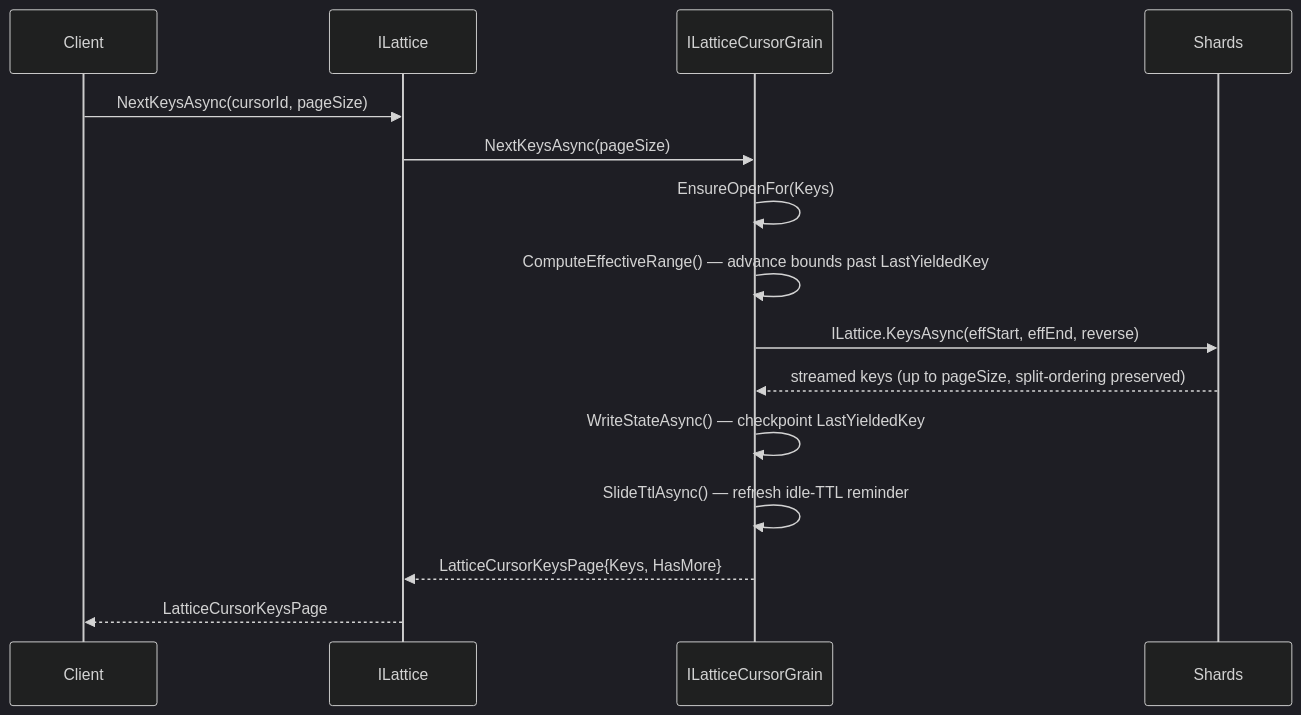
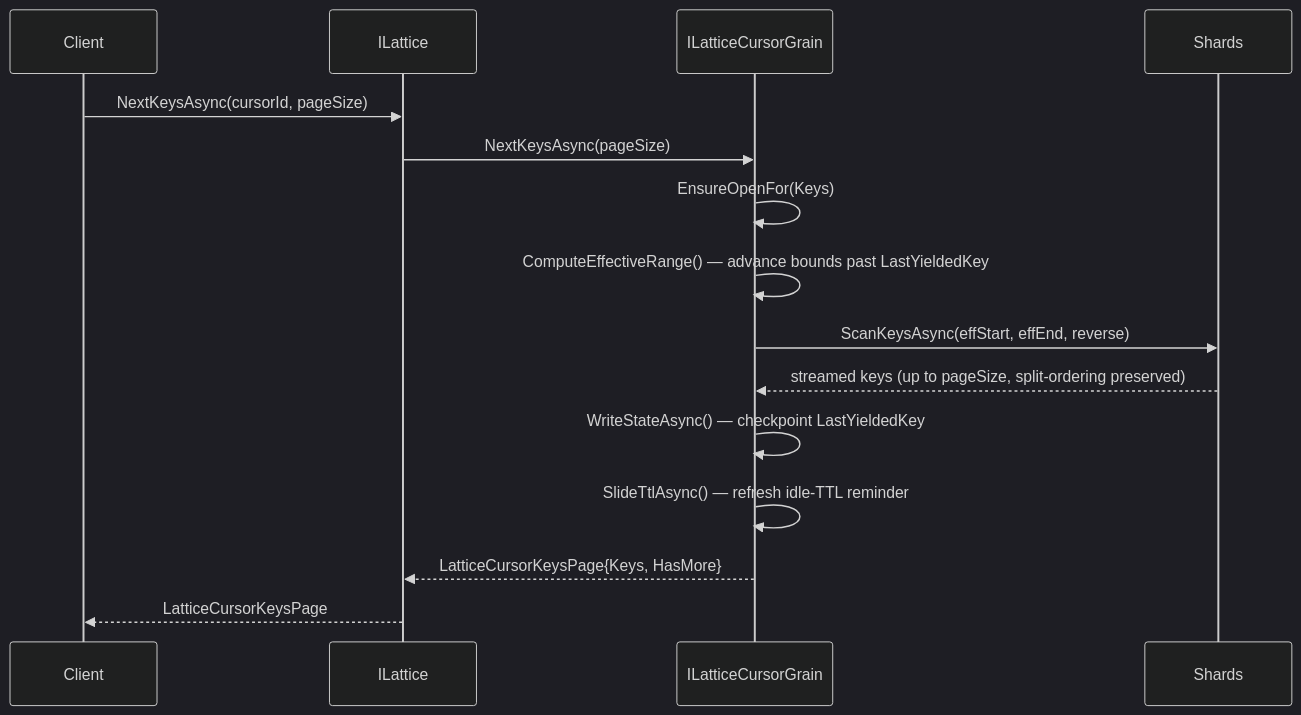
Before and after one commit to NSTA1/Orleans.Lattice: the third of 4 diagrams in docs/durable-cursors.md, drawn with Mermaid (dark theme). The commit also changed other lines of this file and 21 other files, not shown here.

````diff
--- a/docs/durable-cursors.md
+++ b/docs/durable-cursors.md
@@ -120,18 +120,18 @@
 ```mermaid
 sequenceDiagram
     participant C as Client
     participant L as ILattice
     participant G as ILatticeCursorGrain
     participant S as Shards
 
     C->>L: NextKeysAsync(cursorId, pageSize)
     L->>G: NextKeysAsync(pageSize)
     G->>G: EnsureOpenFor(Keys)
     G->>G: ComputeEffectiveRange() — advance bounds past LastYieldedKey
-    G->>S: ILattice.KeysAsync(effStart, effEnd, reverse)
+    G->>S: ScanKeysAsync(effStart, effEnd, reverse)
     S-->>G: streamed keys (up to pageSize, split-ordering preserved)
     G->>G: WriteStateAsync() — checkpoint LastYieldedKey
     G->>G: SlideTtlAsync() — refresh idle-TTL reminder
     G-->>L: LatticeCursorKeysPage{Keys, HasMore}
     L-->>C: LatticeCursorKeysPage
 ```
````
